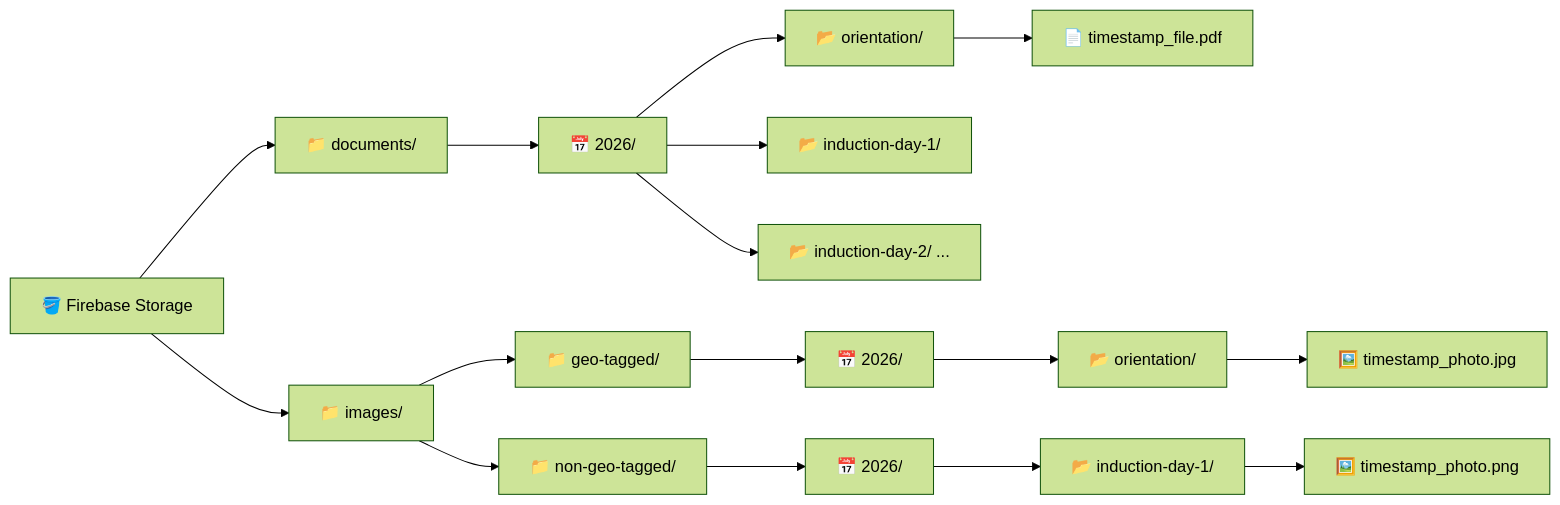
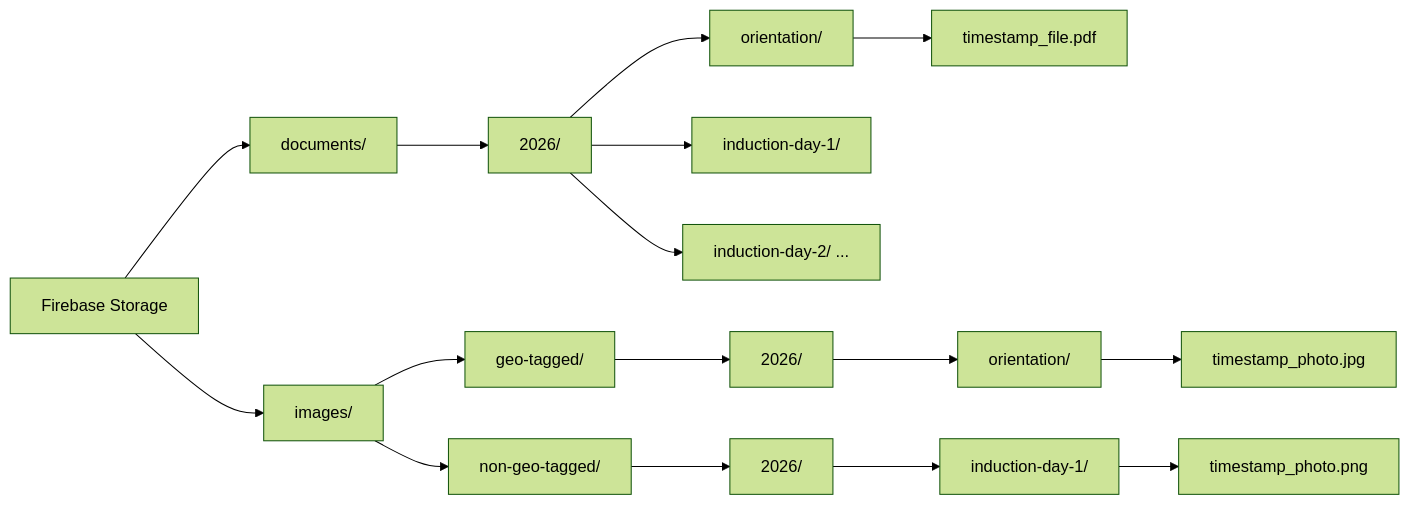
Before and after one commit to MRINALPRAKASHFSD/Induction-Program: the fourth of 7 diagrams in README.md, drawn with Mermaid (forest theme). The commit also changed other lines of this file, not shown here.

````diff
--- a/README.md
+++ b/README.md
@@ -132,22 +132,22 @@
 ```mermaid
 graph LR
-    Root["🪣 Firebase Storage"] --> Docs["📁 documents/"]
-    Root --> Images["📁 images/"]
+    Root["Firebase Storage"] --> Docs["documents/"]
+    Root --> Images["images/"]
 
-    Docs --> DY["📅 2026/"]
-    DY --> DC1["📂 orientation/"]
-    DY --> DC2["📂 induction-day-1/"]
-    DY --> DC3["📂 induction-day-2/ ..."]
-    DC1 --> DF["📄 timestamp_file.pdf"]
+    Docs --> DY["2026/"]
+    DY --> DC1["orientation/"]
+    DY --> DC2["induction-day-1/"]
+    DY --> DC3["induction-day-2/ ..."]
+    DC1 --> DF["timestamp_file.pdf"]
 
-    Images --> Geo["📁 geo-tagged/"]
-    Images --> NonGeo["📁 non-geo-tagged/"]
+    Images --> Geo["geo-tagged/"]
+    Images --> NonGeo["non-geo-tagged/"]
 
-    Geo --> GY["📅 2026/"]
-    GY --> GC["📂 orientation/"]
-    GC --> GF["🖼️ timestamp_photo.jpg"]
+    Geo --> GY["2026/"]
+    GY --> GC["orientation/"]
+    GC --> GF["timestamp_photo.jpg"]
 
-    NonGeo --> NY["📅 2026/"]
-    NY --> NC["📂 induction-day-1/"]
-    NC --> NF["🖼️ timestamp_photo.png"]
+    NonGeo --> NY["2026/"]
+    NY --> NC["induction-day-1/"]
+    NC --> NF["timestamp_photo.png"]
 ```
````
